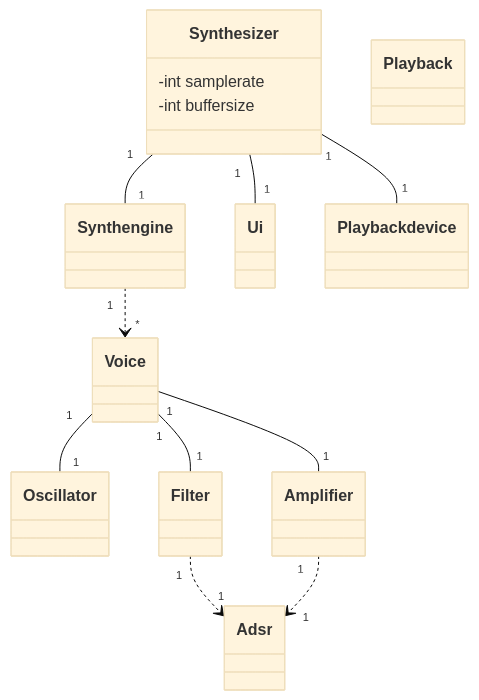
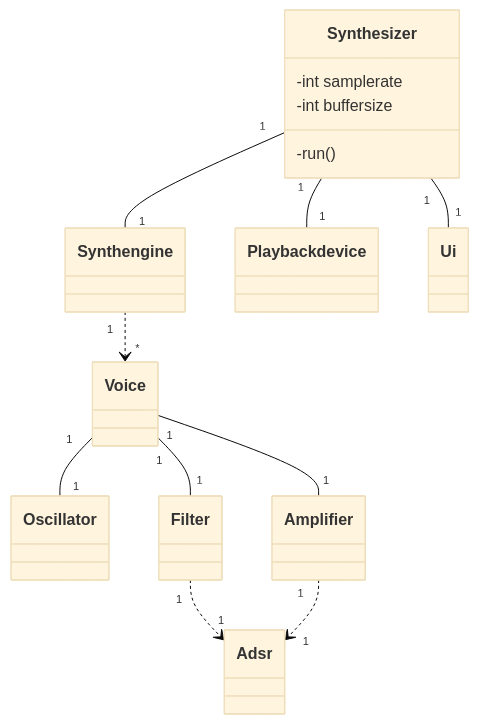
Before and after one commit to rudolf-heiskanen/ot-harjoitustyo: the diagram in dokumentaatio/luokkakaavio.md, drawn with Mermaid (base theme).

````diff
--- a/dokumentaatio/luokkakaavio.md
+++ b/dokumentaatio/luokkakaavio.md
@@ -2,26 +2,28 @@
 ```mermaid
 classDiagram
     class Synthesizer{
         -int samplerate
 	-int buffersize
+        
+	-run()
     }
     class Synthengine
-    class Playback
+    class Playbackdevice
     class Voice
     class Oscillator
     class Amplifier
     class Filter
     class Adsr
     class Ui
 
     Synthesizer "1" -- "1" Synthengine
     Synthesizer "1" -- "1" Playbackdevice
     Synthesizer "1" -- "1" Ui
 
     Synthengine "1" ..> "*" Voice
     Voice "1" -- "1" Oscillator
     Voice "1" -- "1" Filter
     Voice "1" -- "1" Amplifier
     Filter "1" ..> "1"  Adsr
     Amplifier "1" ..> "1" Adsr
 ```
````
